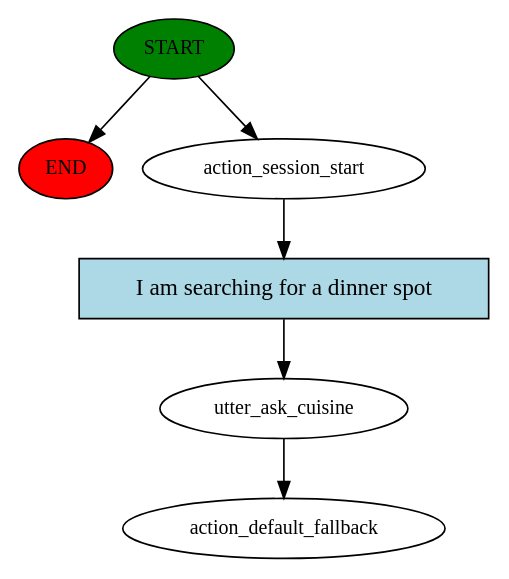
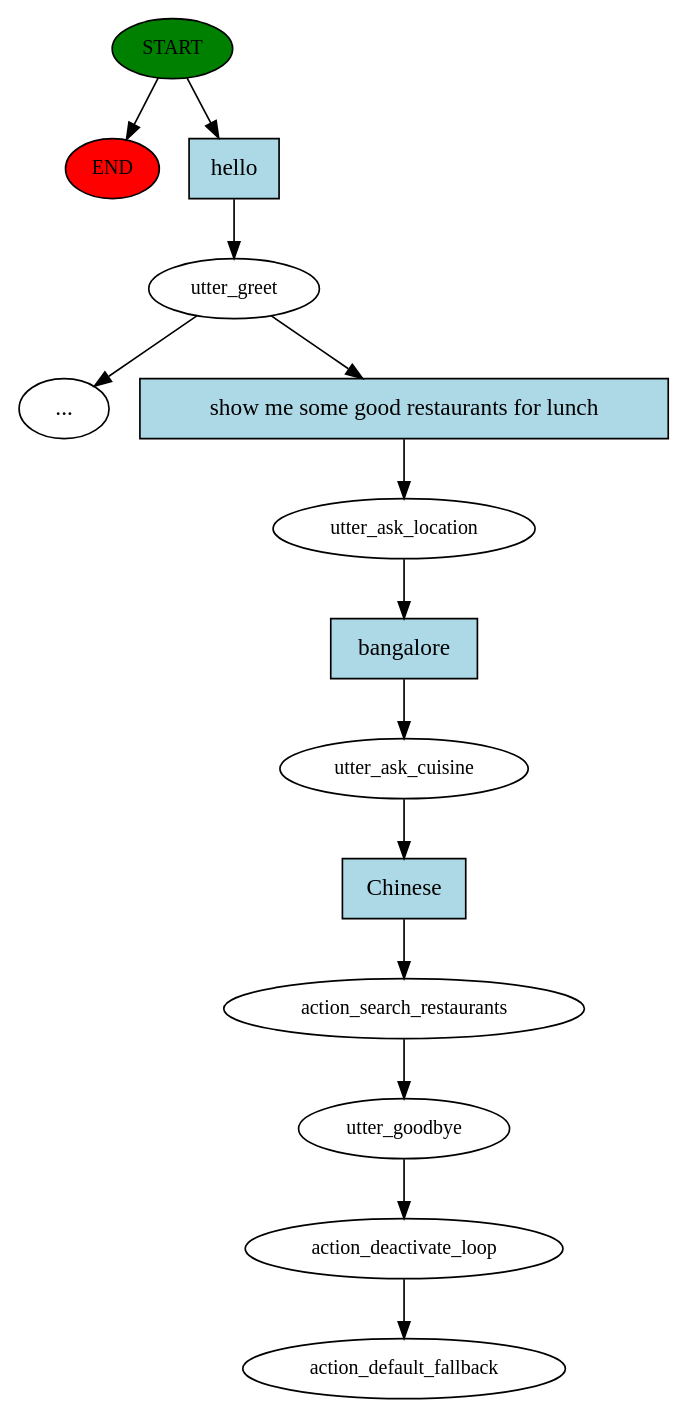
One commit to Kumaraguru-Muthuraj/_AIML_Code changed the diagram in _PythonNotebooks/_Course5_NLP/Rasa/Rasa_basic_folder/story_graph.dot. Above: the diagram before and after it, drawn with Graphviz. The commit also changed 54 other files, not shown here.

```diff
--- a/_PythonNotebooks/_Course5_NLP/Rasa/Rasa_basic_folder/story_graph.dot
+++ b/_PythonNotebooks/_Course5_NLP/Rasa/Rasa_basic_folder/story_graph.dot
@@ -1,13 +1,29 @@
 digraph  {
 0 [class="start active", fillcolor=green, fontsize=12, label=START, style=filled];
 "-1" [class=end, fillcolor=red, fontsize=12, label=END, style=filled];
-1 [class=active, fontsize=12, label=action_session_start];
-2 [class=active, fontsize=12, label=utter_ask_cuisine];
-3 [class="dashed active", fontsize=12, label=action_default_fallback];
-4 [class="intent active", fillcolor=lightblue, label="I am searching for a dinner spot", shape=rect, style=filled];
+1 [class=active, fontsize=12, label=utter_greet];
+"-3" [class=ellipsis, label="..."];
+3 [class=active, fontsize=12, label=utter_ask_location];
+4 [class=active, fontsize=12, label=utter_ask_cuisine];
+5 [class=active, fontsize=12, label=action_search_restaurants];
+6 [class=active, fontsize=12, label=utter_goodbye];
+7 [class=active, fontsize=12, label=action_deactivate_loop];
+8 [class="dashed active", fontsize=12, label=action_default_fallback];
+9 [class="intent active", fillcolor=lightblue, label=hello, shape=rect, style=filled];
+10 [class="intent active", fillcolor=lightblue, label="show me some good restaurants for lunch", shape=rect, style=filled];
+11 [class="intent active", fillcolor=lightblue, label=bangalore, shape=rect, style=filled];
+12 [class="intent active", fillcolor=lightblue, label=Chinese, shape=rect, style=filled];
 0 -> "-1"  [class="", key=NONE, label=""];
-0 -> 1  [class=active, key=NONE, label=""];
-1 -> 4  [class=active, key=0];
-2 -> 3  [class=active, key=NONE, label=""];
-4 -> 2  [class=active, key=0];
+0 -> 9  [class=active, key=0];
+1 -> "-3"  [class="", key=NONE, label=""];
+1 -> 10  [class=active, key=0];
+3 -> 11  [class=active, key=0];
+4 -> 12  [class=active, key=0];
+5 -> 6  [class=active, key=NONE, label=""];
+6 -> 7  [class=active, key=NONE, label=""];
+7 -> 8  [class=active, key=NONE, label=""];
+9 -> 1  [class=active, key=0];
+10 -> 3  [class=active, key=0];
+11 -> 4  [class=active, key=0];
+12 -> 5  [class=active, key=0];
 }
```
